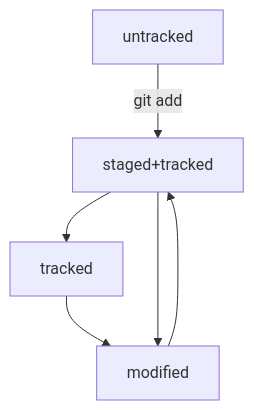
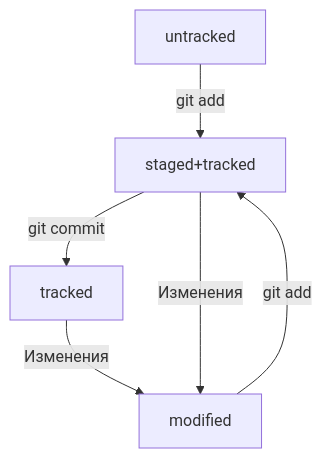
One commit to ItTundr/-heat-sheet-on-working-with-git-1-. changed the diagram in README.md. Above: the diagram before and after it, drawn with Mermaid.

Commit message:
Сделана схема Жизненый цикл файлов в Git. Статусы.v1.1

````diff
--- a/README.md
+++ b/README.md
@@ -193,8 +193,8 @@
 ```mermaid
   graph TD;
       untracked--git add-->staged+tracked;
-      staged+tracked-->tracked;
-      tracked-->modified;
-      modified-->staged+tracked;
-      staged+tracked-->modified;
+      staged+tracked--git commit-->tracked;
+      tracked--Изменения-->modified;
+      modified--git add-->staged+tracked;
+      staged+tracked--Изменения-->modified;
 ```
````
